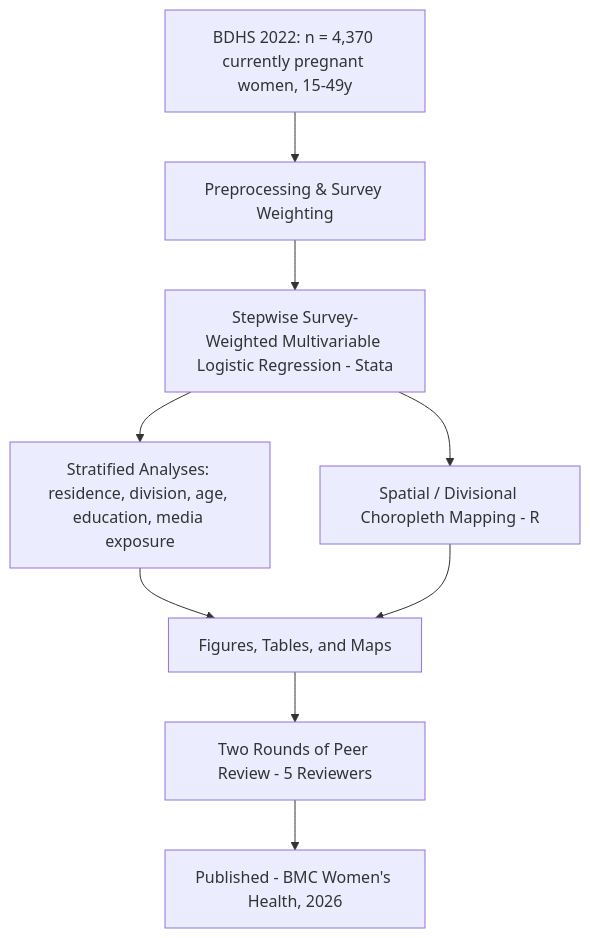
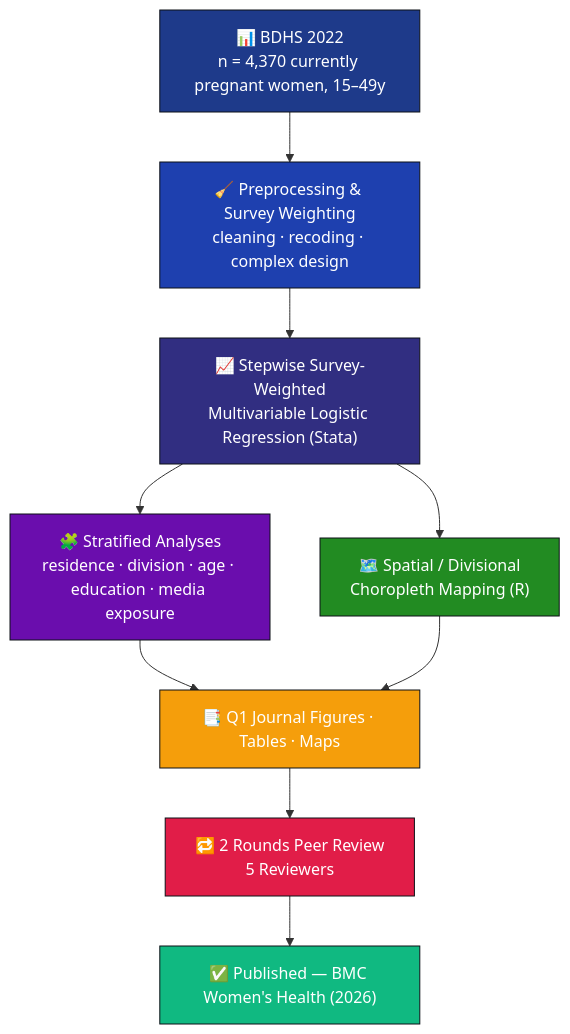
Before and after one commit to muhammadsalek/BDHS-Unmet-Need-Analysis: the first of 2 diagrams in README.md, drawn with Mermaid. The commit also changed other lines of this file, not shown here.

````diff
--- a/README.md
+++ b/README.md
@@ -74,11 +149,20 @@
 ```mermaid
 flowchart TD
-    A[BDHS 2022: n = 4,370 currently pregnant women, 15-49y] --> B[Preprocessing & Survey Weighting]
-    B --> C[Stepwise Survey-Weighted Multivariable Logistic Regression - Stata]
-    C --> D[Stratified Analyses: residence, division, age, education, media exposure]
-    C --> E[Spatial / Divisional Choropleth Mapping - R]
-    D --> F[Figures, Tables, and Maps]
+    A["📊 BDHS 2022<br/>n = 4,370 currently pregnant women, 15–49y"] --> B["🧹 Preprocessing & Survey Weighting<br/>cleaning · recoding · complex design"]
+    B --> C["📈 Stepwise Survey-Weighted<br/>Multivariable Logistic Regression (Stata)"]
+    C --> D["🧩 Stratified Analyses<br/>residence · division · age · education · media exposure"]
+    C --> E["🗺️ Spatial / Divisional<br/>Choropleth Mapping (R)"]
+    D --> F["📑 Q1 Journal Figures · Tables · Maps"]
     E --> F
-    F --> G[Two Rounds of Peer Review - 5 Reviewers]
-    G --> H[Published - BMC Women's Health, 2026]
+    F --> G["🔁 2 Rounds Peer Review<br/>5 Reviewers"]
+    G --> H["✅ Published — BMC Women's Health (2026)"]
+
+    style A fill:#1e3a8a,stroke:#0d1117,color:#fff
+    style B fill:#1e40af,stroke:#0d1117,color:#fff
+    style C fill:#312e81,stroke:#0d1117,color:#fff
+    style D fill:#6a0dad,stroke:#0d1117,color:#fff
+    style E fill:#228b22,stroke:#0d1117,color:#fff
+    style F fill:#f59e0b,stroke:#0d1117,color:#fff
+    style G fill:#e11d48,stroke:#0d1117,color:#fff
+    style H fill:#10b981,stroke:#0d1117,color:#fff
 ```
````
